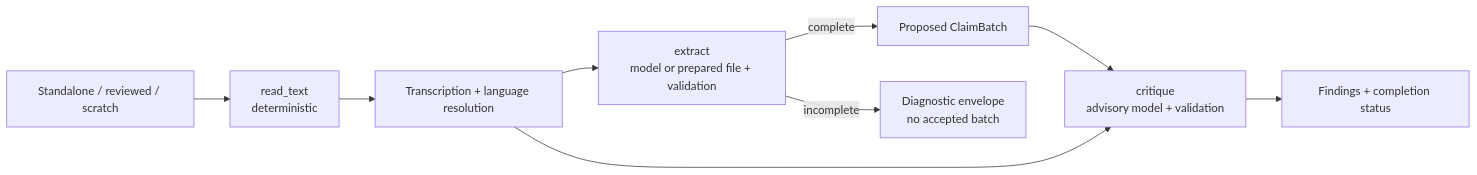
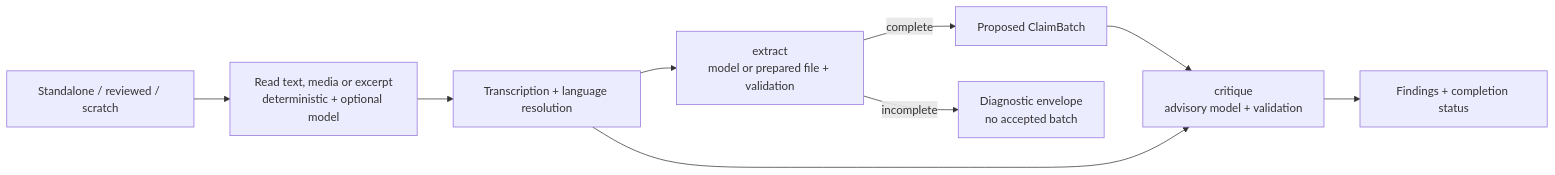
One commit to WillHirsch/yizkr changed the seventh of 13 diagrams in docs/ARCHITECTURE.md. Above: the diagram before and after it, drawn with Mermaid. The commit also changed other lines of this file and 25 other files, not shown here.

````diff
--- a/docs/ARCHITECTURE.md
+++ b/docs/ARCHITECTURE.md
@@ -154,11 +154,11 @@
 ```mermaid
 flowchart LR
-    callers["Standalone / reviewed / scratch"] --> read["read_text<br/>deterministic"]
+    callers["Standalone / reviewed / scratch"] --> read["Read text, media or excerpt<br/>deterministic + optional model"]
     read --> reading["Transcription + language resolution"]
     reading --> extract["extract<br/>model or prepared file + validation"]
     extract -->|complete| batch["Proposed ClaimBatch"]
     extract -->|incomplete| diagnostic["Diagnostic envelope<br/>no accepted batch"]
     batch --> critic["critique<br/>advisory model + validation"]
     reading --> critic
     critic --> findings["Findings + completion status"]
 ```
````
